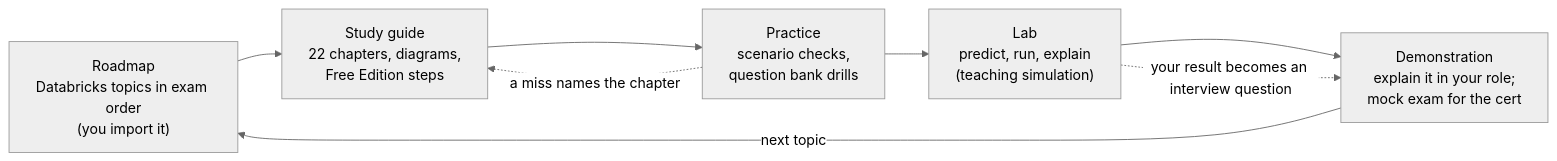
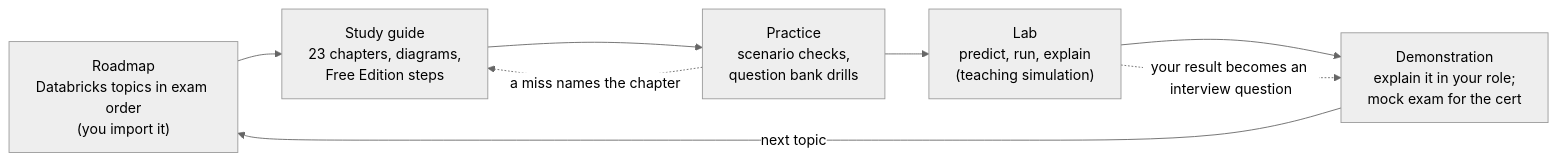
The diagram in docs/implementation/DATABRICKS-GAP-REPORT.md (getnimishk/PrepBench), drawn with Mermaid (neutral theme) before and after one commit. The commit also changed other lines of this file and 2 other files, not shown here.

First line of the commit message:
Add seven topics to the Databricks roadmap (91 topics, 12 phases)

````diff
--- a/docs/implementation/DATABRICKS-GAP-REPORT.md
+++ b/docs/implementation/DATABRICKS-GAP-REPORT.md
@@ -133,10 +134,10 @@
 ```mermaid
 flowchart LR
-  R["Roadmap<br/>Databricks topics in exam order<br/>(you import it)"] --> G["Study guide<br/>22 chapters, diagrams,<br/>Free Edition steps"]
+  R["Roadmap<br/>Databricks topics in exam order<br/>(you import it)"] --> G["Study guide<br/>23 chapters, diagrams,<br/>Free Edition steps"]
   G --> P["Practice<br/>scenario checks,<br/>question bank drills"]
   P --> L["Lab<br/>predict, run, explain<br/>(teaching simulation)"]
   L --> D["Demonstration<br/>explain it in your role;<br/>mock exam for the cert"]
   D -->|"next topic"| R
   P -. "a miss names the chapter" .-> G
   L -. "your result becomes an interview question" .-> D
 ```
````
